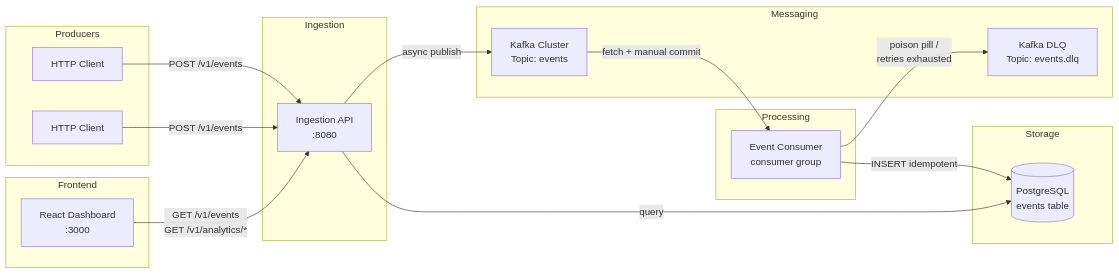
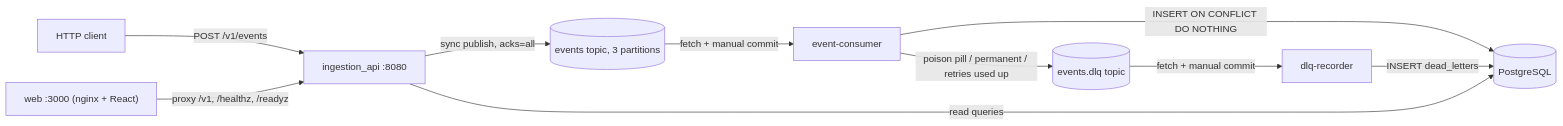
Before and after one commit to Karthik0000007/Event_Analytics_Platform: the first of 3 diagrams in ARCHITECTURE.md, drawn with Mermaid. The commit also changed other lines of this file and 1 other file, not shown here.

````diff
--- a/ARCHITECTURE.md
+++ b/ARCHITECTURE.md
@@ -35,37 +28,12 @@
 ```mermaid
 flowchart LR
-    subgraph Producers
-        P1[HTTP Client]
-        P2[HTTP Client]
-    end
-
-    subgraph Ingestion
-        API[Ingestion API<br/>:8080]
-    end
-
-    subgraph Messaging
-        K[Kafka Cluster<br/>Topic: events]
-        DLQ[Kafka DLQ<br/>Topic: events.dlq]
-    end
-
-    subgraph Processing
-        C[Event Consumer<br/>consumer group]
-    end
-
-    subgraph Storage
-        PG[(PostgreSQL<br/>events table)]
-    end
-
-    subgraph Frontend
-        UI[React Dashboard<br/>:3000]
-    end
-
-    P1 -->|POST /v1/events| API
-    P2 -->|POST /v1/events| API
-    API -->|async publish| K
-    K -->|fetch + manual commit| C
-    C -->|INSERT idempotent| PG
-    C -->|poison pill /<br/>retries exhausted| DLQ
-    UI -->|GET /v1/events<br/>GET /v1/analytics/*| API
-    API -->|query| PG
+    Client["HTTP client"] -->|"POST /v1/events"| API["ingestion_api :8080"]
+    Web["web :3000 (nginx + React)"] -->|"proxy /v1, /healthz, /readyz"| API
+    API -->|"sync publish, acks=all"| K[("events topic, 3 partitions")]
+    K -->|"fetch + manual commit"| C["event-consumer"]
+    C -->|"INSERT ON CONFLICT DO NOTHING"| PG[("PostgreSQL")]
+    C -->|"poison pill / permanent / retries used up"| DLQ[("events.dlq topic")]
+    DLQ -->|"fetch + manual commit"| R["dlq-recorder"]
+    R -->|"INSERT dead_letters"| PG
+    API -->|"read queries"| PG
 ```
````
